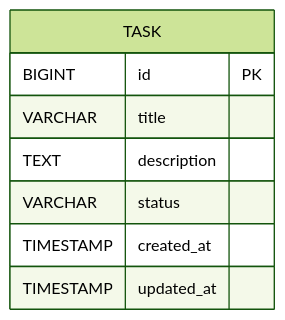
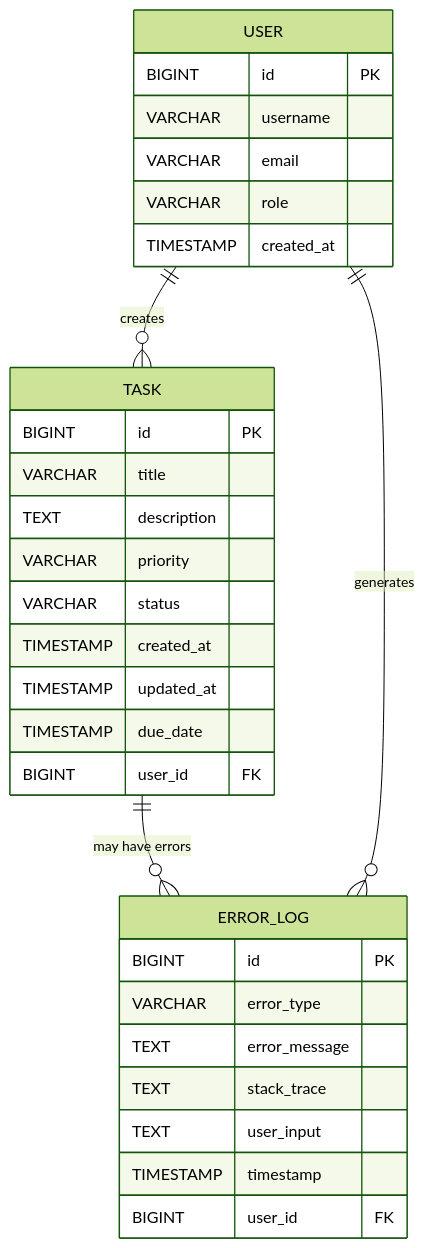
Before and after one commit to ThapaswiASC/SCIB-INCEPTION-PHASE-DEMO: the diagram in lld/lld_DEMO-760.md, drawn with Mermaid (forest theme). The commit also changed other lines of this file, not shown here.

````diff
--- a/lld/lld_DEMO-760.md
+++ b/lld/lld_DEMO-760.md
@@ -306,11 +400,36 @@
 ```mermaid
 erDiagram
     TASK {
         BIGINT id PK
         VARCHAR title
         TEXT description
+        VARCHAR priority
         VARCHAR status
         TIMESTAMP created_at
         TIMESTAMP updated_at
+        TIMESTAMP due_date
+        BIGINT user_id FK
     }
+    
+    ERROR_LOG {
+        BIGINT id PK
+        VARCHAR error_type
+        TEXT error_message
+        TEXT stack_trace
+        TEXT user_input
+        TIMESTAMP timestamp
+        BIGINT user_id FK
+    }
+    
+    USER {
+        BIGINT id PK
+        VARCHAR username
+        VARCHAR email
+        VARCHAR role
+        TIMESTAMP created_at
+    }
+    
+    TASK ||--o{ ERROR_LOG : "may have errors"
+    USER ||--o{ TASK : "creates"
+    USER ||--o{ ERROR_LOG : "generates"
 ```
````
